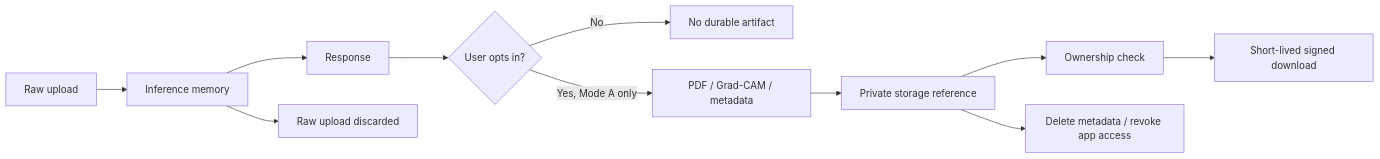
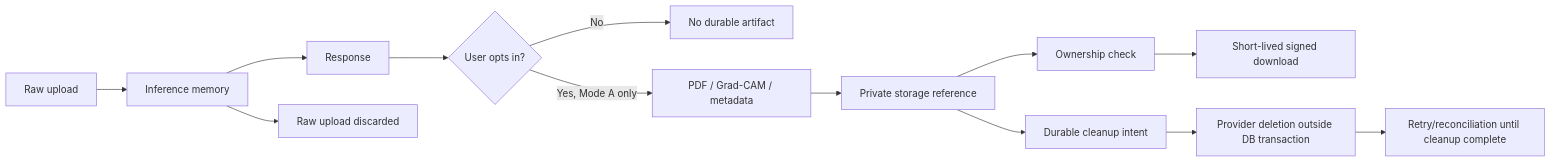
The fourth of 4 diagrams in docs/ARCHITECTURE.md (sam300705/neuroinsight-ai), drawn with Mermaid before and after one commit. The commit also changed other lines of this file, not shown here.

Commit message:
docs: document release truth evidence graph and reliability architecture

````diff
--- a/docs/ARCHITECTURE.md
+++ b/docs/ARCHITECTURE.md
@@ -54,13 +96,15 @@
 ```mermaid
 flowchart LR
   R[Raw upload] --> M[Inference memory]
   M --> X[Response]
   M --> DISCARD[Raw upload discarded]
   X --> CONSENT{User opts in?}
   CONSENT -->|No| END[No durable artifact]
   CONSENT -->|Yes, Mode A only| DERIVED[PDF / Grad-CAM / metadata]
   DERIVED --> PRIVATE[Private storage reference]
   PRIVATE --> OWNED[Ownership check]
   OWNED --> SIGNED[Short-lived signed download]
-  PRIVATE --> DELETE[Delete metadata / revoke app access]
+  PRIVATE --> INTENT[Durable cleanup intent]
+  INTENT --> DELETE[Provider deletion outside DB transaction]
+  DELETE --> RECONCILE[Retry/reconciliation until cleanup complete]
 ```
````
